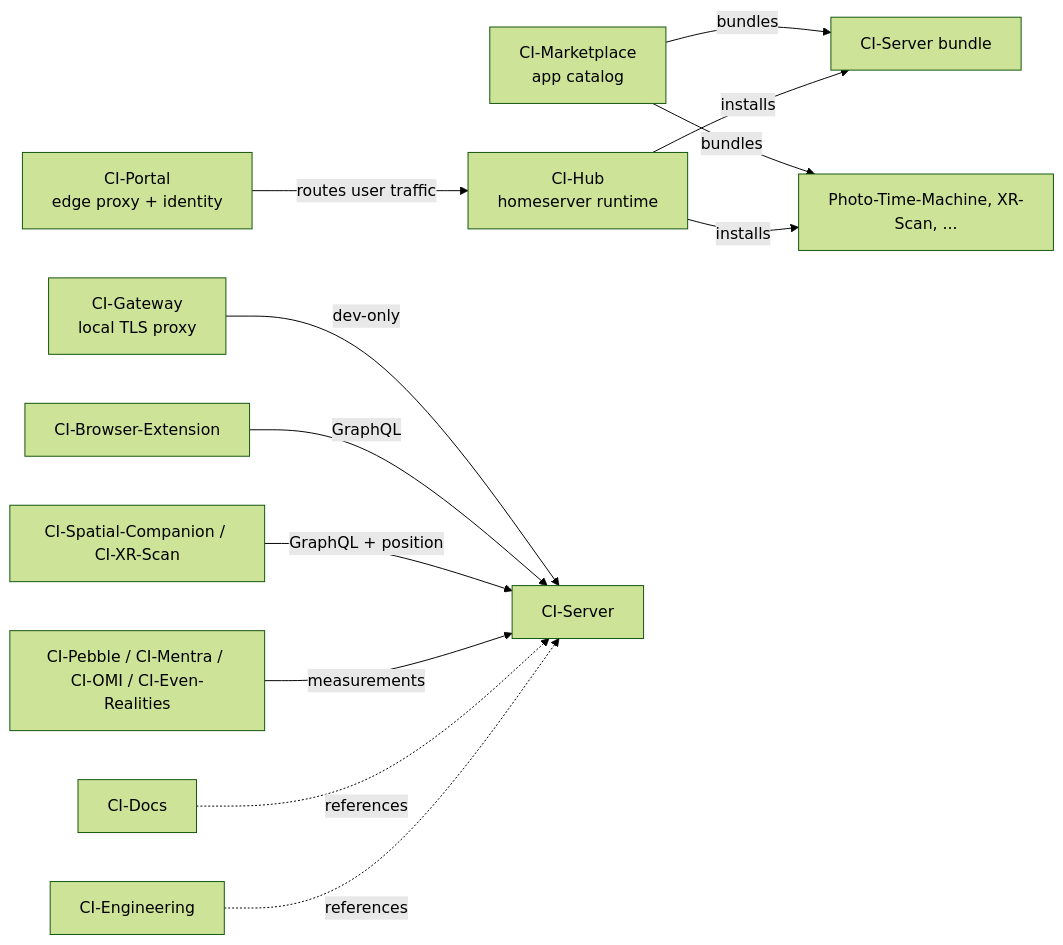
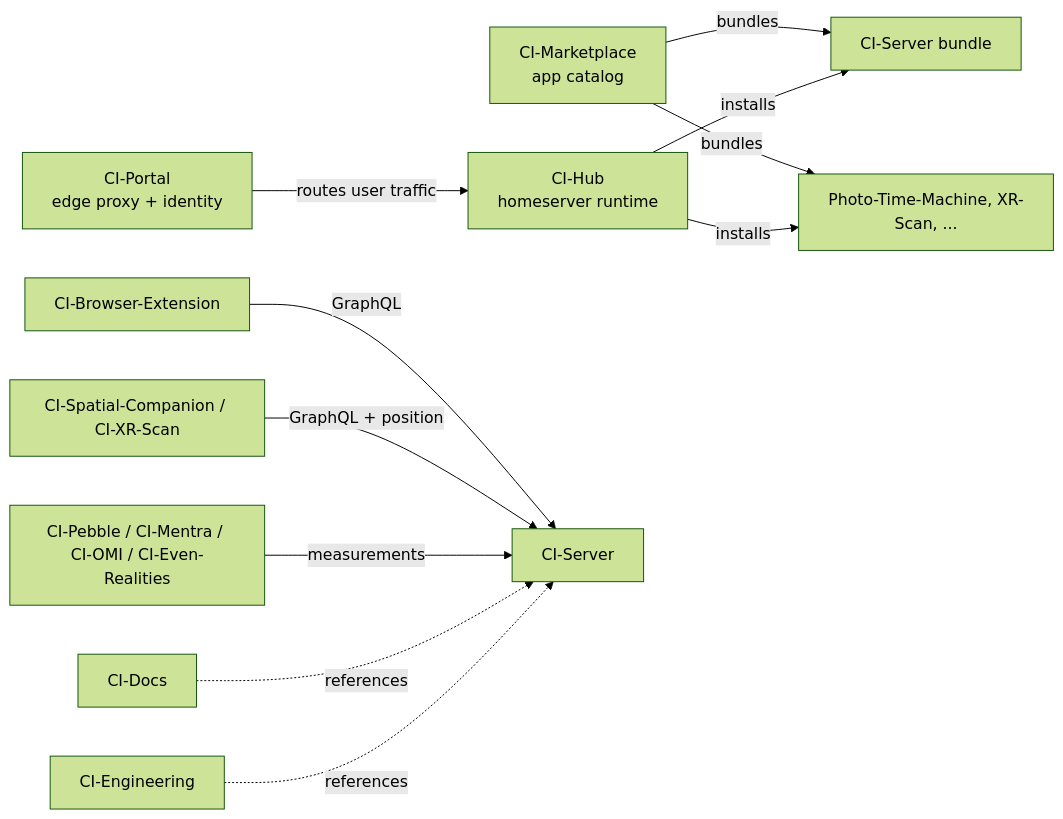
One commit to bennettchamberlain/Requiemv1 changed the fifth of 6 diagrams in docs/architecture/architecture.md. Above: the diagram before and after it, drawn with Mermaid (forest theme). The commit also changed other lines of this file and 16 other files, not shown here.

````diff
--- a/docs/architecture/architecture.md
+++ b/docs/architecture/architecture.md
@@ -287,14 +317,13 @@
 ```mermaid
 flowchart LR
     Marketplace[CI-Marketplace<br/>app catalog] -- bundles --> ServerApp[CI-Server bundle]
     Marketplace -- bundles --> OtherApp[Photo-Time-Machine, XR-Scan, ...]
     Hub[CI-Hub<br/>homeserver runtime] -- installs --> ServerApp
     Hub -- installs --> OtherApp
     Portal[CI-Portal<br/>edge proxy + identity] -- routes user traffic --> Hub
-    Gateway[CI-Gateway<br/>local TLS proxy] -- dev-only --> Server[CI-Server]
-    Browser[CI-Browser-Extension] -- GraphQL --> Server
+    Browser[CI-Browser-Extension] -- GraphQL --> Server[CI-Server]
     XR[CI-Spatial-Companion / CI-XR-Scan] -- GraphQL + position --> Server
     Wearables[CI-Pebble / CI-Mentra / CI-OMI / CI-Even-Realities] -- measurements --> Server
     Docs[CI-Docs] -. references .-> Server
     Engineering[CI-Engineering] -. references .-> Server
 ```
````
